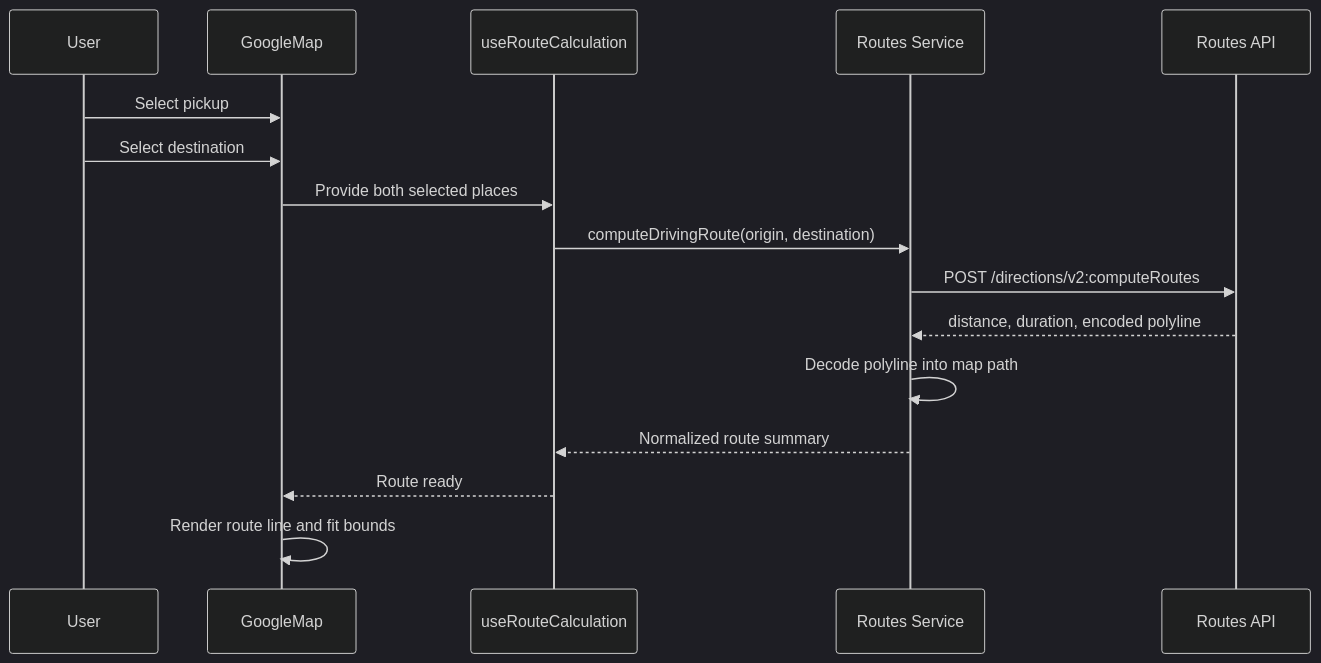
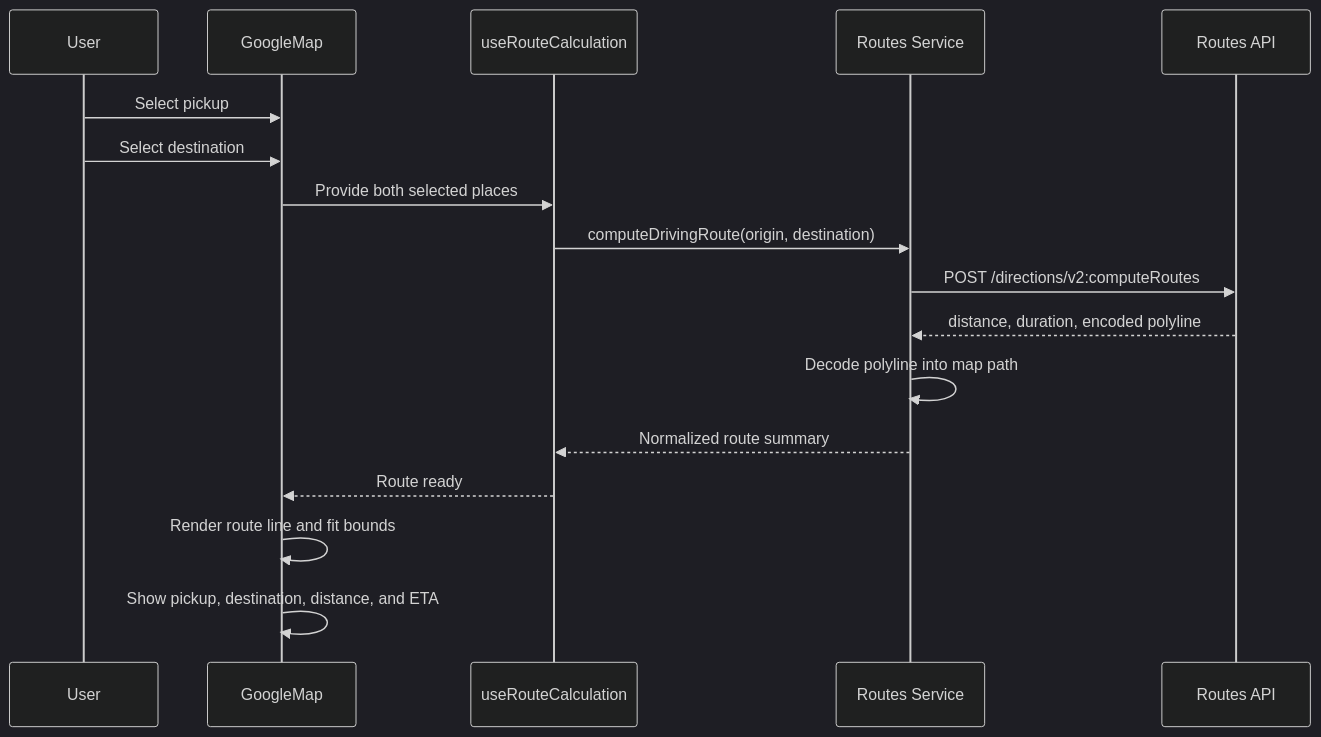
Before and after one commit to damameet14/Raahi: the second of 2 diagrams in docs/google-maps/phase-3.md, drawn with Mermaid (dark theme). The commit also changed other lines of this file and 8 other files, not shown here.

````diff
--- a/docs/google-maps/phase-3.md
+++ b/docs/google-maps/phase-3.md
@@ -37,19 +38,20 @@
 ```mermaid
 sequenceDiagram
   participant User
   participant Map as GoogleMap
   participant Hook as useRouteCalculation
   participant Service as Routes Service
   participant Google as Routes API
 
   User->>Map: Select pickup
   User->>Map: Select destination
   Map->>Hook: Provide both selected places
   Hook->>Service: computeDrivingRoute(origin, destination)
   Service->>Google: POST /directions/v2:computeRoutes
   Google-->>Service: distance, duration, encoded polyline
   Service->>Service: Decode polyline into map path
   Service-->>Hook: Normalized route summary
   Hook-->>Map: Route ready
   Map->>Map: Render route line and fit bounds
+  Map->>Map: Show pickup, destination, distance, and ETA
 ```
````
